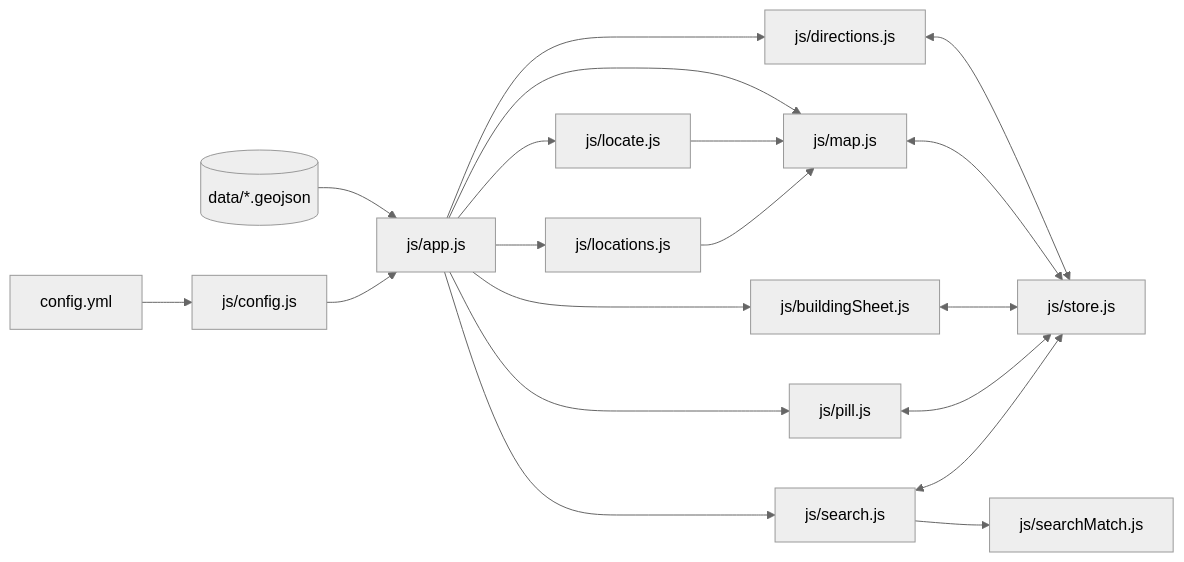
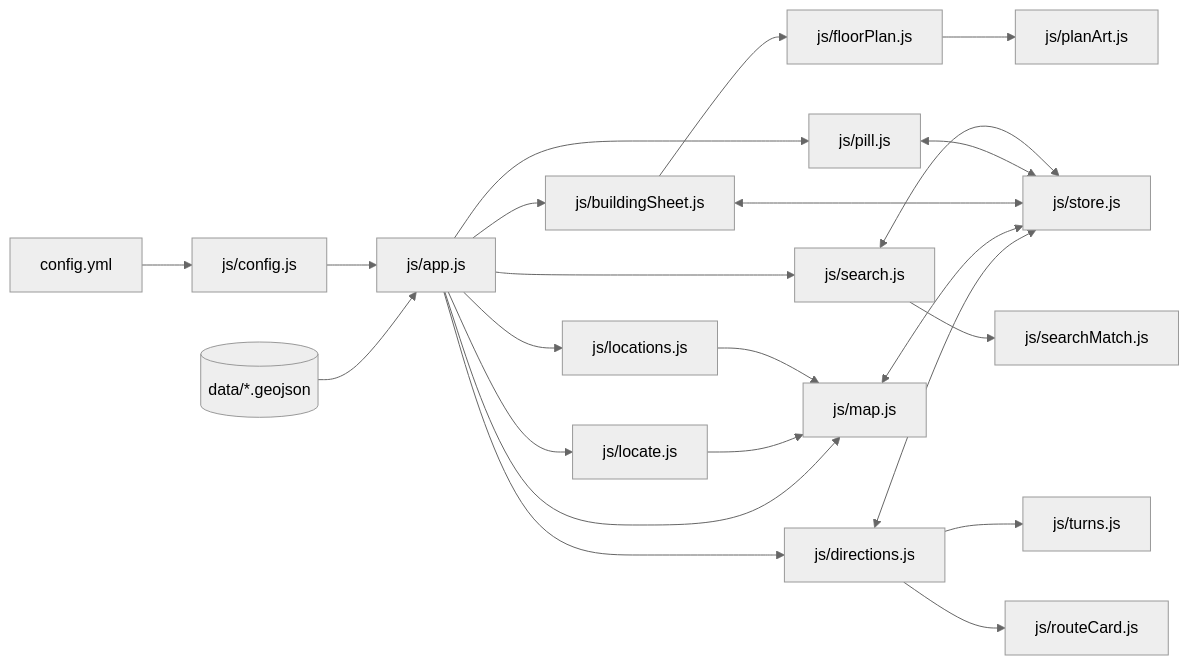
The diagram in docs/ARCHITECTURE.md (Cloxeer/BMEPMNDYTest), drawn with Mermaid (neutral theme) before and after one commit. The commit also changed other lines of this file and 19 other files, not shown here.

````diff
--- a/docs/ARCHITECTURE.md
+++ b/docs/ARCHITECTURE.md
@@ -9,21 +9,25 @@
 ```mermaid
 flowchart LR
     yml[config.yml] --> config[js/config.js]
     data[(data/*.geojson)] --> app[js/app.js]
     config --> app
     app --> map[js/map.js]
     app --> sheet[js/buildingSheet.js]
     app --> pill[js/pill.js]
     app --> search[js/search.js]
     app --> locations[js/locations.js]
     app --> locate[js/locate.js]
     locate --> map
     app --> directions[js/directions.js]
     directions <--> store
+    directions --> turns[js/turns.js]
+    directions --> card[js/routeCard.js]
+    sheet --> floorplan[js/floorPlan.js]
+    floorplan --> art[js/planArt.js]
     search --> match[js/searchMatch.js]
     map <--> store[js/store.js]
     sheet <--> store
     pill <--> store
     search <--> store
     locations --> map
 ```
````
